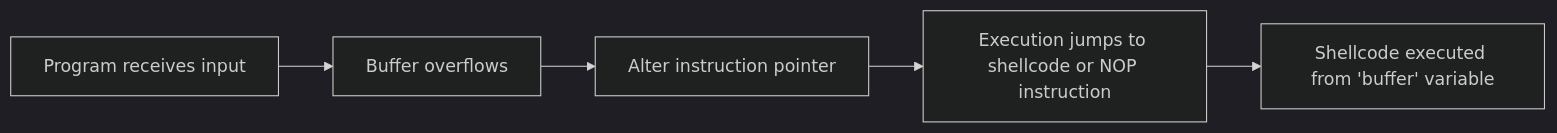
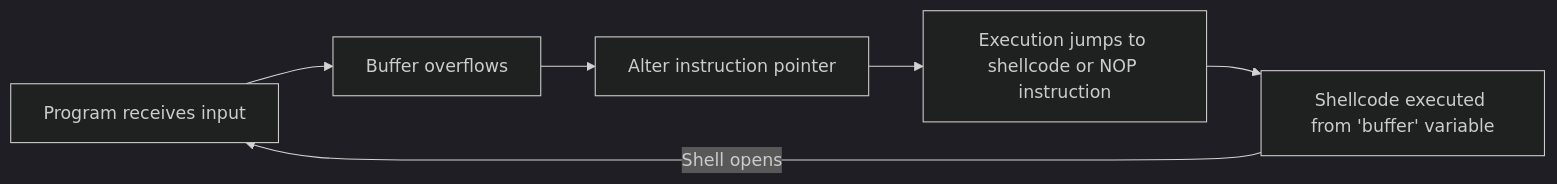
One commit to ouspg/SoftwareHardwareSec changed the diagram in 3.Shellcoding/README.md. Above: the diagram before and after it, drawn with Mermaid (dark theme). The commit also changed other lines of this file, not shown here.

````diff
--- a/3.Shellcoding/README.md
+++ b/3.Shellcoding/README.md
@@ -615,7 +615,8 @@
 ```mermaid
 flowchart LR
     A[Program receives input] --> B[Buffer overflows]
     B --> C[Alter instruction pointer]
     C --> D[Execution jumps to shellcode or NOP instruction]
     D --> E[Shellcode executed from 'buffer' variable]
+    E -- Shell opens --> A
 ```
````
